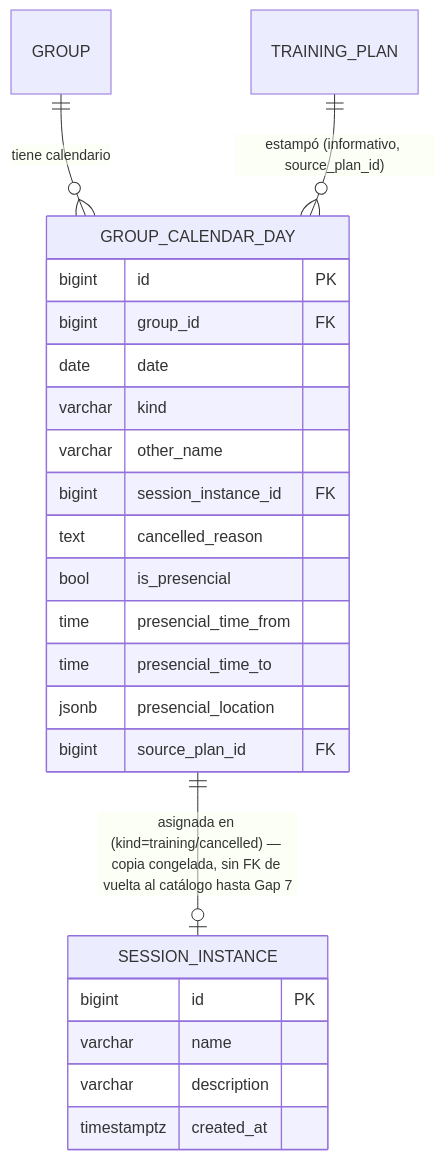
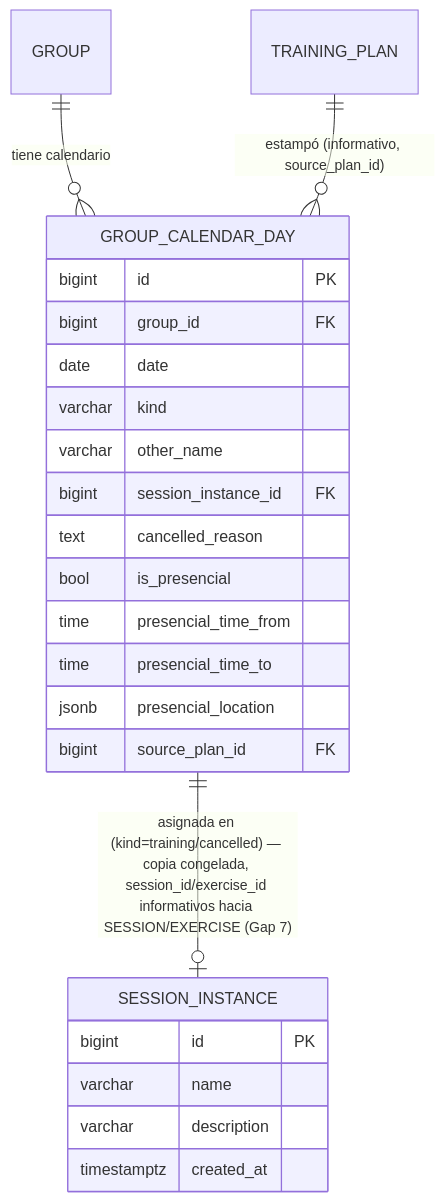
Before and after one commit to Paceron/paceron-frontend: the diagram in docs/BACKEND_CALENDAR_ASSIGNMENTS_SPEC.md, drawn with Mermaid. The commit also changed other lines of this file and 26 other files, not shown here.

First line of the commit message:
fix(calendar): time fields on one row + kind-tinted day cells

````diff
--- a/docs/BACKEND_CALENDAR_ASSIGNMENTS_SPEC.md
+++ b/docs/BACKEND_CALENDAR_ASSIGNMENTS_SPEC.md
@@ -159,28 +159,28 @@
 ```mermaid
 erDiagram
     GROUP_CALENDAR_DAY {
         bigint id PK
         bigint group_id FK
         date date
         varchar kind
         varchar other_name
         bigint session_instance_id FK
         text cancelled_reason
         bool is_presencial
         time presencial_time_from
         time presencial_time_to
         jsonb presencial_location
         bigint source_plan_id FK
     }
 
     SESSION_INSTANCE {
         bigint id PK
         varchar name
         varchar description
         timestamptz created_at
     }
 
     GROUP ||--o{ GROUP_CALENDAR_DAY : "tiene calendario"
-    GROUP_CALENDAR_DAY ||--o| SESSION_INSTANCE : "asignada en (kind=training/cancelled) — copia congelada, sin FK de vuelta al catálogo hasta Gap 7"
+    GROUP_CALENDAR_DAY ||--o| SESSION_INSTANCE : "asignada en (kind=training/cancelled) — copia congelada, session_id/exercise_id informativos hacia SESSION/EXERCISE (Gap 7)"
     TRAINING_PLAN ||--o{ GROUP_CALENDAR_DAY : "estampó (informativo, source_plan_id)"
 ```
````
